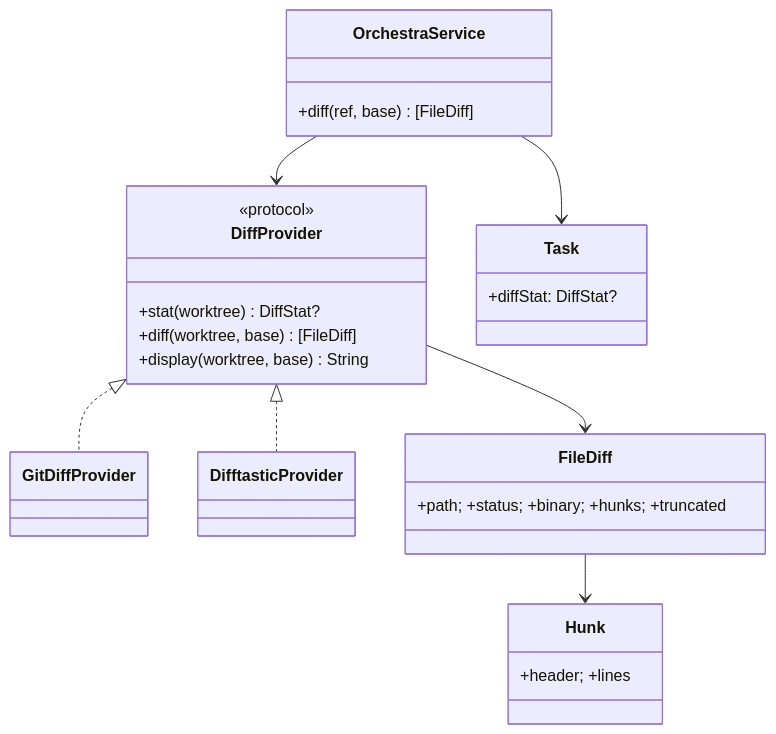
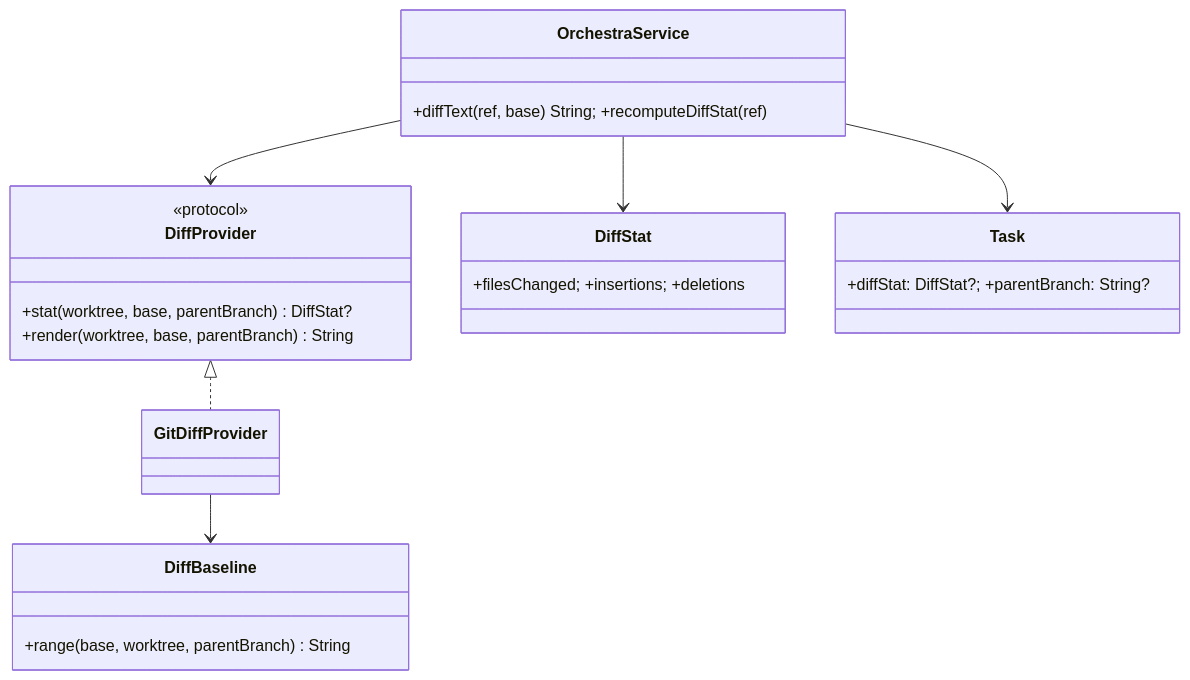
One commit to PeiAllen/claude-kanban changed the second of 2 diagrams in notes/designs/code-review-on-board/02-contract.md. Above: the diagram before and after it, drawn with Mermaid. The commit also changed other lines of this file and 22 other files, not shown here.

````diff
--- a/notes/designs/code-review-on-board/02-contract.md
+++ b/notes/designs/code-review-on-board/02-contract.md
@@ -135,21 +118,18 @@
 ```mermaid
 classDiagram
     class DiffProvider {
       <<protocol>>
-      +stat(worktree) DiffStat?
-      +diff(worktree, base) [FileDiff]
-      +display(worktree, base) String
+      +stat(worktree, base, parentBranch) DiffStat?
+      +render(worktree, base, parentBranch) String
     }
     class GitDiffProvider
-    class DifftasticProvider
-    class FileDiff { +path; +status; +binary; +hunks; +truncated }
-    class Hunk { +header; +lines }
-    class Task { +diffStat: DiffStat? }
-    class OrchestraService { +diff(ref, base) [FileDiff] }
+    class DiffBaseline { +range(base, worktree, parentBranch) String }
+    class DiffStat { +filesChanged; +insertions; +deletions }
+    class Task { +diffStat: DiffStat?; +parentBranch: String? }
+    class OrchestraService { +diffText(ref, base) String; +recomputeDiffStat(ref) }
     DiffProvider <|.. GitDiffProvider
-    DiffProvider <|.. DifftasticProvider
-    DiffProvider --> FileDiff
-    FileDiff --> Hunk
+    GitDiffProvider --> DiffBaseline
     OrchestraService --> DiffProvider
     OrchestraService --> Task
+    OrchestraService --> DiffStat
 ```
````
